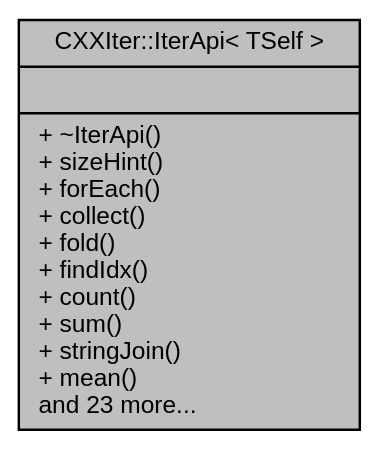
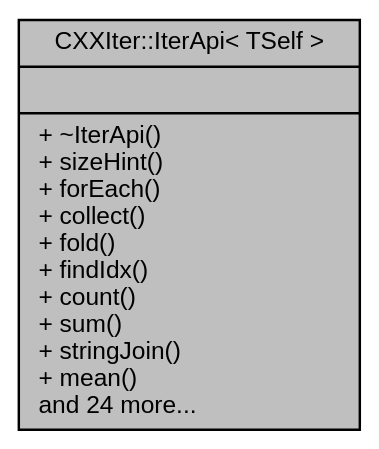
The diagram in classCXXIter_1_1IterApi__coll__graph.dot (seijikun/CXXIter), drawn with Graphviz before and after one commit. The commit also changed 49 other files, not shown here.

```diff
--- a/classCXXIter_1_1IterApi__coll__graph.dot
+++ b/classCXXIter_1_1IterApi__coll__graph.dot
@@ -1,9 +1,9 @@
 digraph "CXXIter::IterApi&lt; TSelf &gt;"
 {
  // INTERACTIVE_SVG=YES
  // LATEX_PDF_SIZE
   bgcolor="transparent";
   edge [fontname="Helvetica",fontsize="10",labelfontname="Helvetica",labelfontsize="10"];
   node [fontname="Helvetica",fontsize="10",shape=record];
-  Node1 [label="{CXXIter::IterApi\< TSelf \>\n||+ ~IterApi()\l+ sizeHint()\l+ forEach()\l+ collect()\l+ fold()\l+ findIdx()\l+ count()\l+ sum()\l+ stringJoin()\l+ mean()\land 23 more...\l}",height=0.2,width=0.4,color="black", fillcolor="grey75", style="filled", fontcolor="black",tooltip="Public Iterator API surface."];
+  Node1 [label="{CXXIter::IterApi\< TSelf \>\n||+ ~IterApi()\l+ sizeHint()\l+ forEach()\l+ collect()\l+ fold()\l+ findIdx()\l+ count()\l+ sum()\l+ stringJoin()\l+ mean()\land 24 more...\l}",height=0.2,width=0.4,color="black", fillcolor="grey75", style="filled", fontcolor="black",tooltip="Public Iterator API surface."];
 }
```
